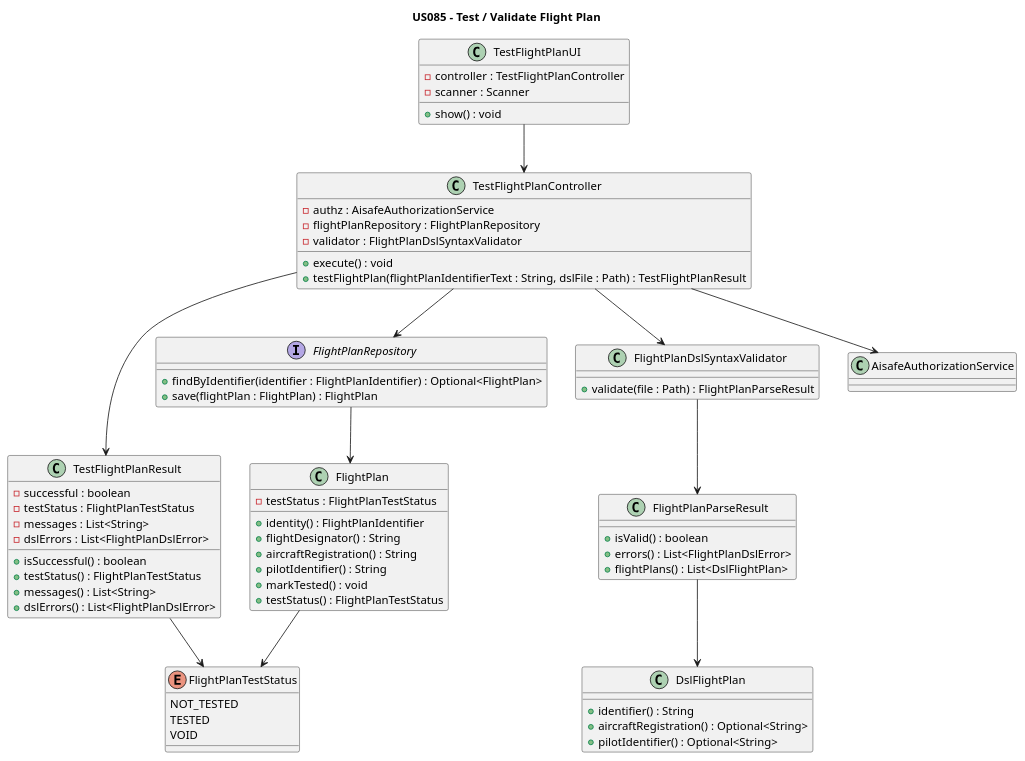
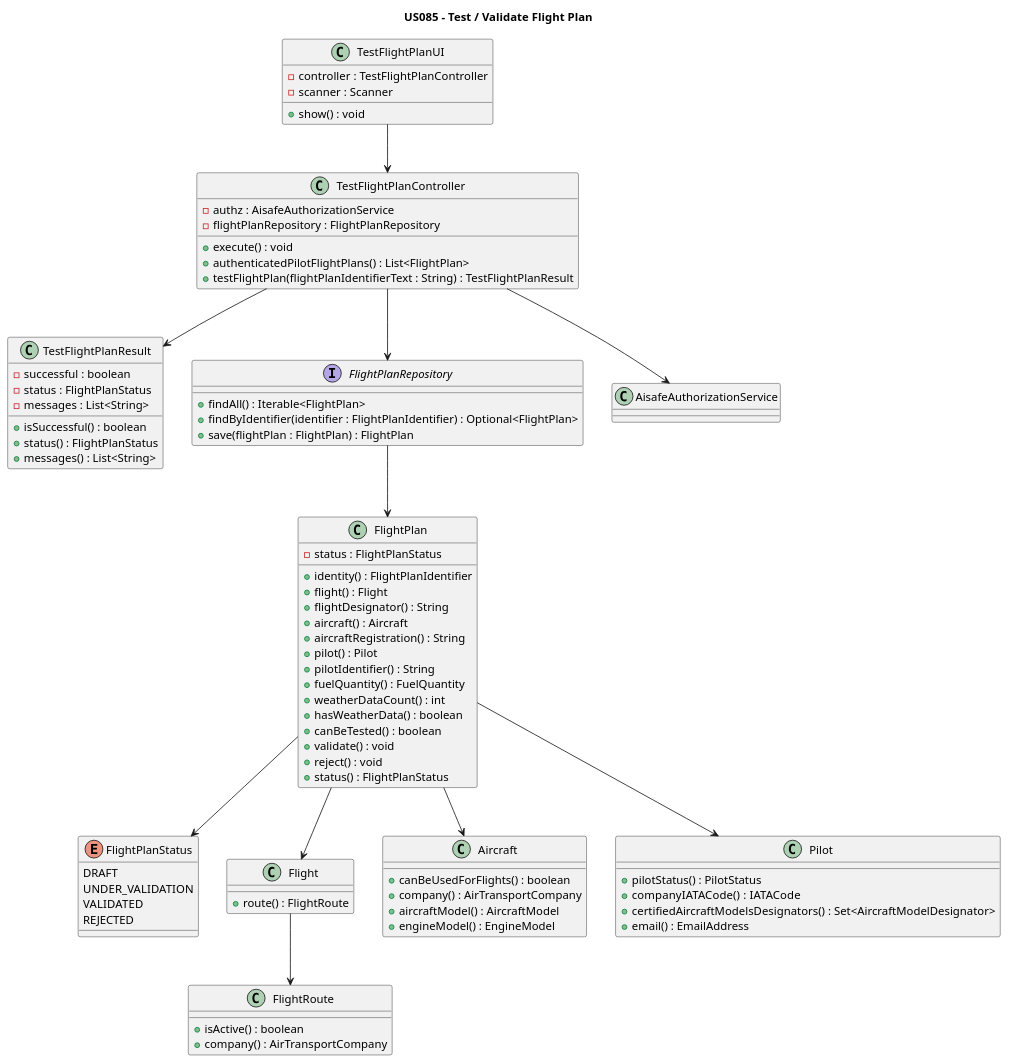
Before and after one commit to GustavoFerreira24/flight-management-platform: the diagram in docs/us_85/class-diagram-85.puml, drawn with PlantUML. The commit also changed 8 other files, not shown here.

Commit message:
US085 (Code): Refactor FlightPlan testing logic to remove DSL file dependency and enhance validation checks [#280]

```diff
--- a/docs/us_85/class-diagram-85.puml
+++ b/docs/us_85/class-diagram-85.puml
@@ -1,77 +1,92 @@
 @startuml
 title US085 - Test / Validate Flight Plan
 
 class TestFlightPlanUI {
     - controller : TestFlightPlanController
     - scanner : Scanner
     + show() : void
 }
 
 class TestFlightPlanController {
     - authz : AisafeAuthorizationService
     - flightPlanRepository : FlightPlanRepository
-    - validator : FlightPlanDslSyntaxValidator
     + execute() : void
-    + testFlightPlan(flightPlanIdentifierText : String, dslFile : Path) : TestFlightPlanResult
+    + authenticatedPilotFlightPlans() : List<FlightPlan>
+    + testFlightPlan(flightPlanIdentifierText : String) : TestFlightPlanResult
 }
 
 class TestFlightPlanResult {
     - successful : boolean
-    - testStatus : FlightPlanTestStatus
+    - status : FlightPlanStatus
     - messages : List<String>
-    - dslErrors : List<FlightPlanDslError>
     + isSuccessful() : boolean
-    + testStatus() : FlightPlanTestStatus
+    + status() : FlightPlanStatus
     + messages() : List<String>
-    + dslErrors() : List<FlightPlanDslError>
 }
 
 interface FlightPlanRepository {
+    + findAll() : Iterable<FlightPlan>
     + findByIdentifier(identifier : FlightPlanIdentifier) : Optional<FlightPlan>
     + save(flightPlan : FlightPlan) : FlightPlan
 }
 
 class FlightPlan {
-    - testStatus : FlightPlanTestStatus
+    - status : FlightPlanStatus
     + identity() : FlightPlanIdentifier
+    + flight() : Flight
     + flightDesignator() : String
+    + aircraft() : Aircraft
     + aircraftRegistration() : String
+    + pilot() : Pilot
     + pilotIdentifier() : String
-    + markTested() : void
-    + testStatus() : FlightPlanTestStatus
+    + fuelQuantity() : FuelQuantity
+    + weatherDataCount() : int
+    + hasWeatherData() : boolean
+    + canBeTested() : boolean
+    + validate() : void
+    + reject() : void
+    + status() : FlightPlanStatus
 }
 
-enum FlightPlanTestStatus {
-    NOT_TESTED
-    TESTED
-    VOID
+enum FlightPlanStatus {
+    DRAFT
+    UNDER_VALIDATION
+    VALIDATED
+    REJECTED
 }
 
-class FlightPlanDslSyntaxValidator {
-    + validate(file : Path) : FlightPlanParseResult
+class Flight {
+    + route() : FlightRoute
 }
 
-class FlightPlanParseResult {
-    + isValid() : boolean
-    + errors() : List<FlightPlanDslError>
-    + flightPlans() : List<DslFlightPlan>
+class FlightRoute {
+    + isActive() : boolean
+    + company() : AirTransportCompany
 }
 
-class DslFlightPlan {
-    + identifier() : String
-    + aircraftRegistration() : Optional<String>
-    + pilotIdentifier() : Optional<String>
+class Aircraft {
+    + canBeUsedForFlights() : boolean
+    + company() : AirTransportCompany
+    + aircraftModel() : AircraftModel
+    + engineModel() : EngineModel
+}
+
+class Pilot {
+    + pilotStatus() : PilotStatus
+    + companyIATACode() : IATACode
+    + certifiedAircraftModelsDesignators() : Set<AircraftModelDesignator>
+    + email() : EmailAddress
 }
 
 TestFlightPlanUI --> TestFlightPlanController
 TestFlightPlanController --> AisafeAuthorizationService
 TestFlightPlanController --> FlightPlanRepository
-TestFlightPlanController --> FlightPlanDslSyntaxValidator
 TestFlightPlanController --> TestFlightPlanResult
 FlightPlanRepository --> FlightPlan
-FlightPlan --> FlightPlanTestStatus
-FlightPlanDslSyntaxValidator --> FlightPlanParseResult
-FlightPlanParseResult --> DslFlightPlan
-TestFlightPlanResult --> FlightPlanTestStatus
+FlightPlan --> FlightPlanStatus
+FlightPlan --> Flight
+FlightPlan --> Aircraft
+FlightPlan --> Pilot
+Flight --> FlightRoute
 
 @enduml
```
